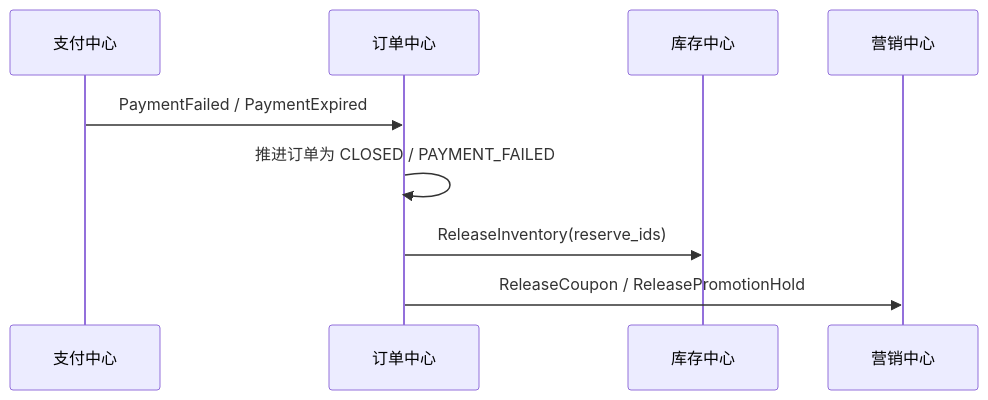
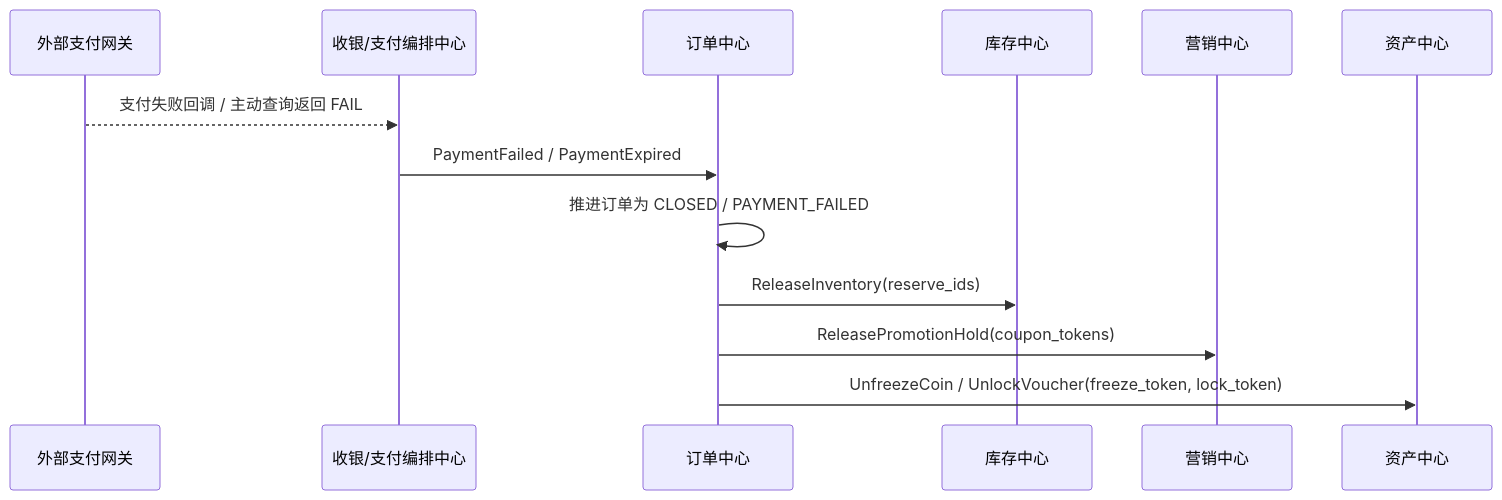
The tenth of 14 diagrams in books/system-design-architecture-book/src/part02/13-ecommerce-customer-lifecycle.md (wxquare/wxquare.github.io), drawn with Mermaid before and after one commit. The commit also changed other lines of this file and 2 other files, not shown here.

````diff
--- a/books/system-design-architecture-book/src/part02/13-ecommerce-customer-lifecycle.md
+++ b/books/system-design-architecture-book/src/part02/13-ecommerce-customer-lifecycle.md
@@ -1218,12 +1695,16 @@
 ```mermaid
 sequenceDiagram
-    participant PAY as 支付中心
+    participant CH as 外部支付网关
+    participant PAY as 收银/支付编排中心
     participant O as 订单中心
     participant IV as 库存中心
     participant MK as 营销中心
+    participant AS as 资产中心
 
+    CH-->>PAY: 支付失败回调 / 主动查询返回 FAIL
     PAY->>O: PaymentFailed / PaymentExpired
     O->>O: 推进订单为 CLOSED / PAYMENT_FAILED
     O->>IV: ReleaseInventory(reserve_ids)
-    O->>MK: ReleaseCoupon / ReleasePromotionHold
+    O->>MK: ReleasePromotionHold(coupon_tokens)
+    O->>AS: UnfreezeCoin / UnlockVoucher(freeze_token, lock_token)
 ```
````
